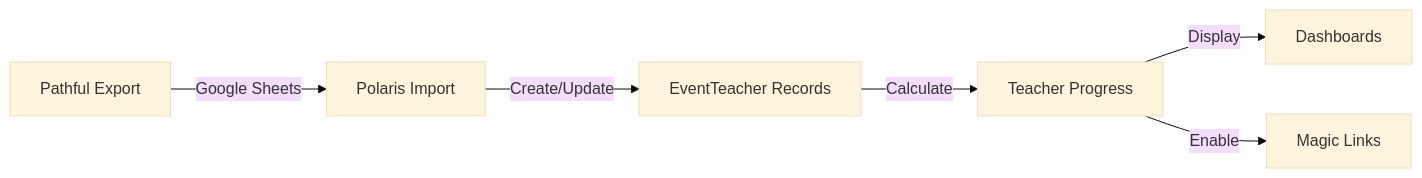
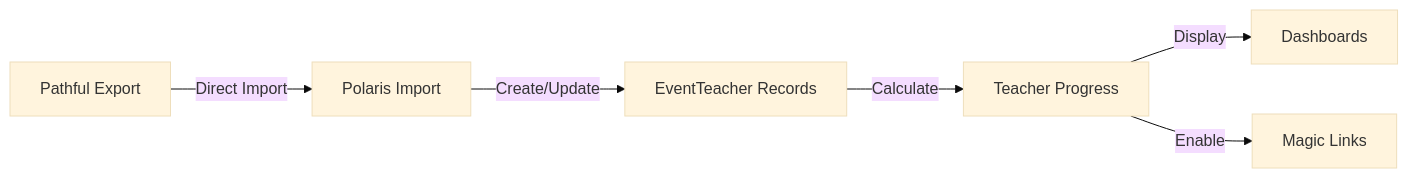
Before and after one commit to admiralorbiter/VMS: the second of 6 diagrams in documentation/content/technical/architecture.md, drawn with Mermaid (base theme). The commit also changed other lines of this file and 7 other files, not shown here.

````diff
--- a/documentation/content/technical/architecture.md
+++ b/documentation/content/technical/architecture.md
@@ -375,8 +376,8 @@
 ```mermaid
 graph LR
-    PATH[Pathful Export] -->|Google Sheets| IMPORT[Polaris Import]
+    PATH[Pathful Export] -->|Direct Import| IMPORT[Polaris Import]
     IMPORT -->|Create/Update| ET[EventTeacher Records]
     ET -->|Calculate| TP[Teacher Progress]
     TP -->|Display| DASH[Dashboards]
     TP -->|Enable| ML[Magic Links]
 ```
````
